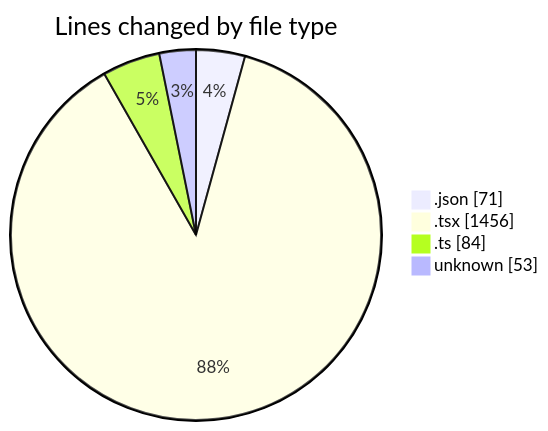
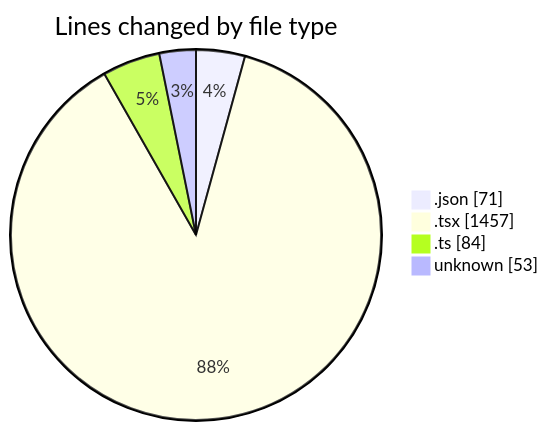
One commit to momahboobian/code-tracking changed the first of 2 diagrams in 2026-01-29/cda/README.md. Above: the diagram before and after it, drawn with Mermaid. The commit also changed other lines of this file and 1 other file, not shown here.

````diff
--- a/2026-01-29/cda/README.md
+++ b/2026-01-29/cda/README.md
@@ -23,8 +23,8 @@
 ```mermaid
 pie showData
 title Lines changed by file type
 ".json" : 71
-".tsx" : 1456
+".tsx" : 1457
 ".ts" : 84
 "unknown" : 53
 ```
````
